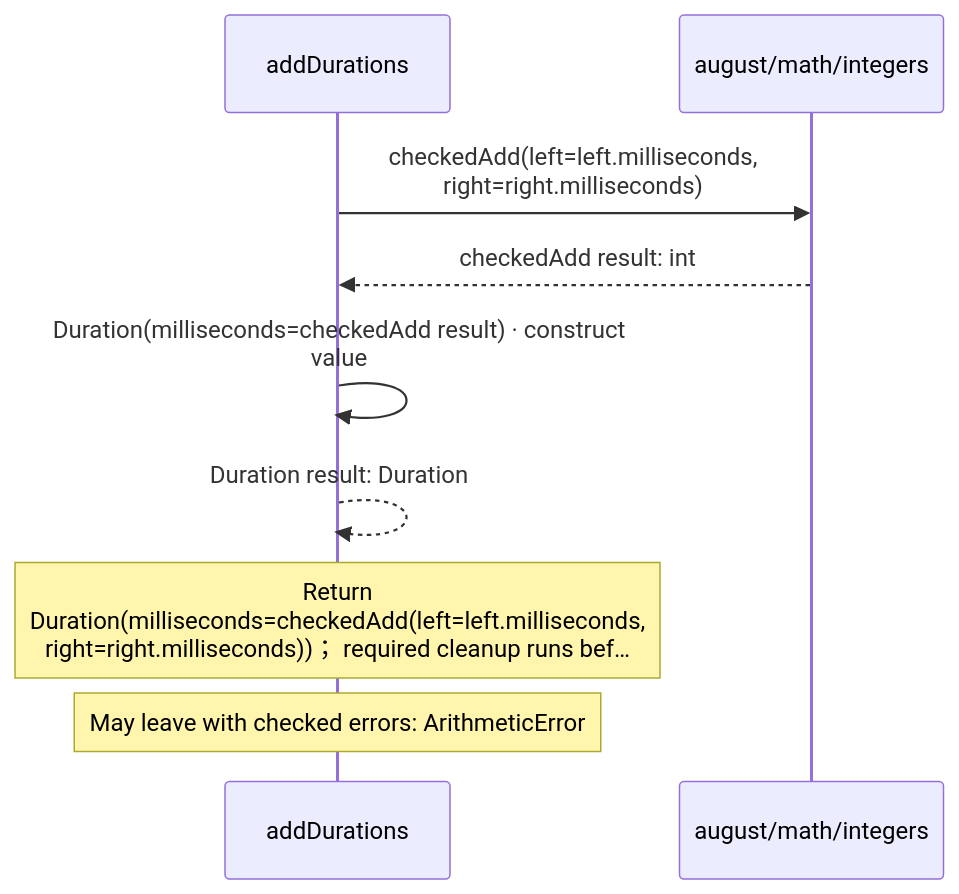
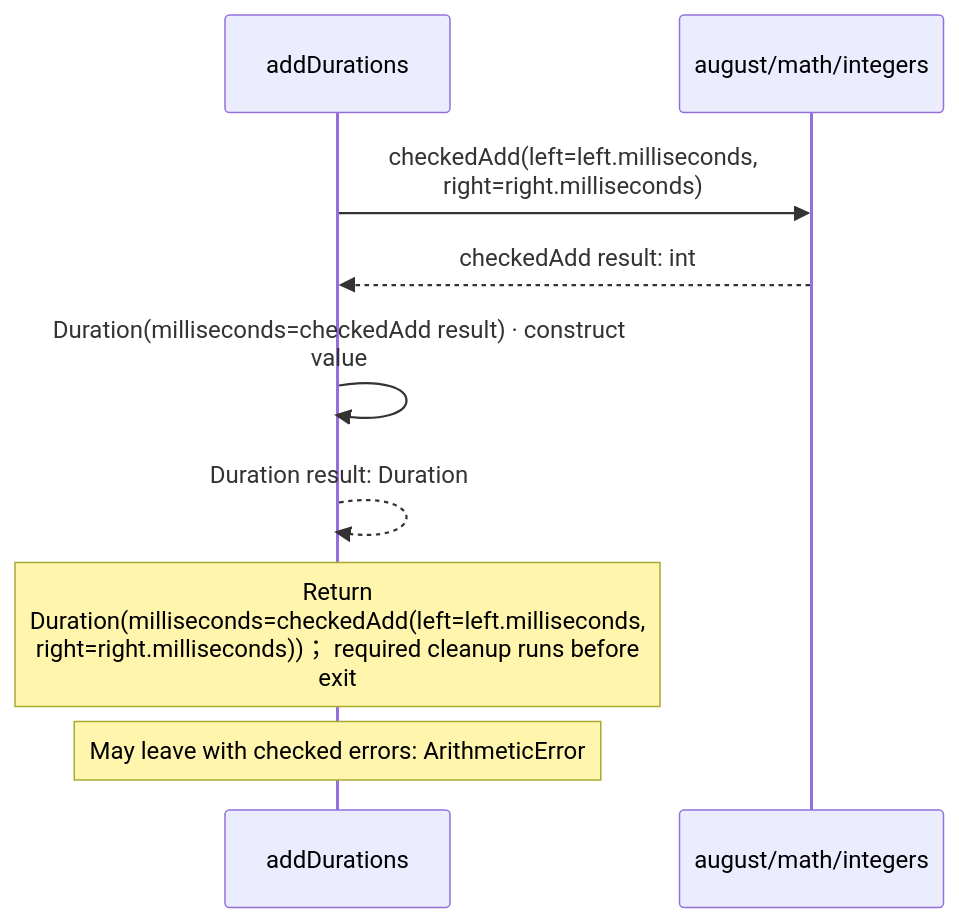
The seventh of 8 diagrams in src/stdlib/values/durations.aug.diagrams.md (GreenPandaStudios/augscript), drawn with Mermaid before and after one commit. The commit also changed other lines of this file and 658 other files, not shown here.

````diff
--- a/src/stdlib/values/durations.aug.diagrams.md
+++ b/src/stdlib/values/durations.aug.diagrams.md
@@ -227,11 +255,11 @@
 ```mermaid
 sequenceDiagram
     participant p0 as addDurations
     participant p1 as august/math/integers
     p0->>p1: checkedAdd(left=left.milliseconds,<br/>right=right.milliseconds)
     p1-->>p0: checkedAdd result: int
     p0->>p0: Duration(milliseconds=checkedAdd result) · construct<br/>value
     p0-->>p0: Duration result: Duration
-    Note over p0: Return<br/>Duration(milliseconds=checkedAdd(left=left.milliseconds,<br/>right=right.milliseconds))； required cleanup runs bef…
+    Note over p0: Return<br/>Duration(milliseconds=checkedAdd(left=left.milliseconds,<br/>right=right.milliseconds))； required cleanup runs before<br/>exit
     Note over p0: May leave with checked errors: ArithmeticError
 ```
````
